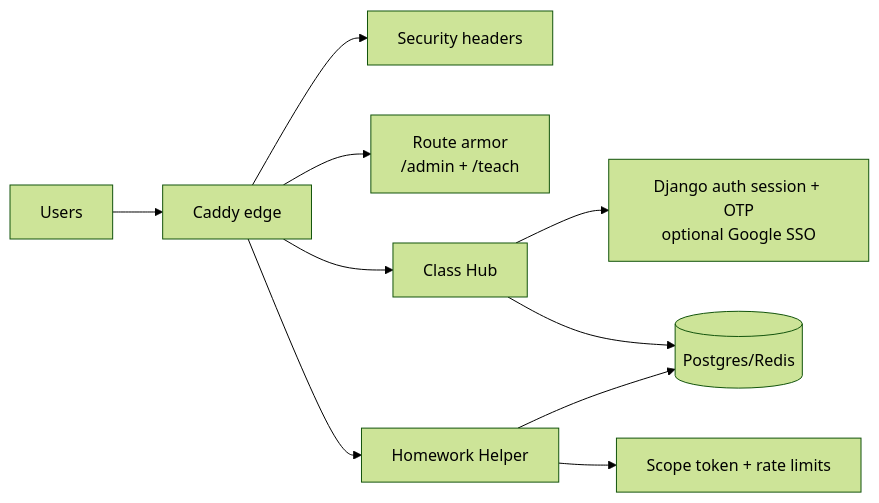
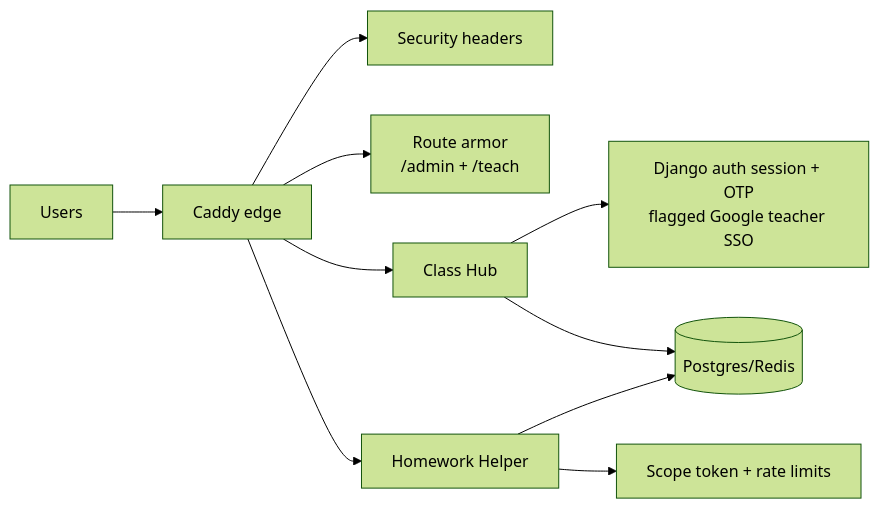
The first of 2 diagrams in docs/SECURITY.md (bseverns/classhub), drawn with Mermaid (forest theme) before and after one commit. The commit also changed other lines of this file and 27 other files, not shown here.

````diff
--- a/docs/SECURITY.md
+++ b/docs/SECURITY.md
@@ -20,12 +20,12 @@
 ```mermaid
 flowchart LR
   U[Users] --> C[Caddy edge]
   C --> H1[Security headers]
   C --> H2[Route armor<br/>/admin + /teach]
   C --> A[Class Hub]
   C --> B[Homework Helper]
-  A --> D[Django auth session + OTP<br/>optional Google SSO]
+  A --> D[Django auth session + OTP<br/>flagged Google teacher SSO]
   B --> E[Scope token + rate limits]
   A --> F[(Postgres/Redis)]
   B --> F
 ```
````
